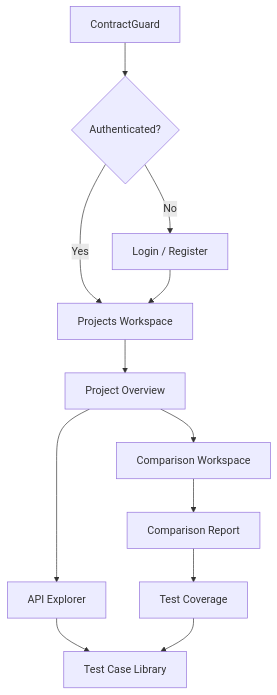
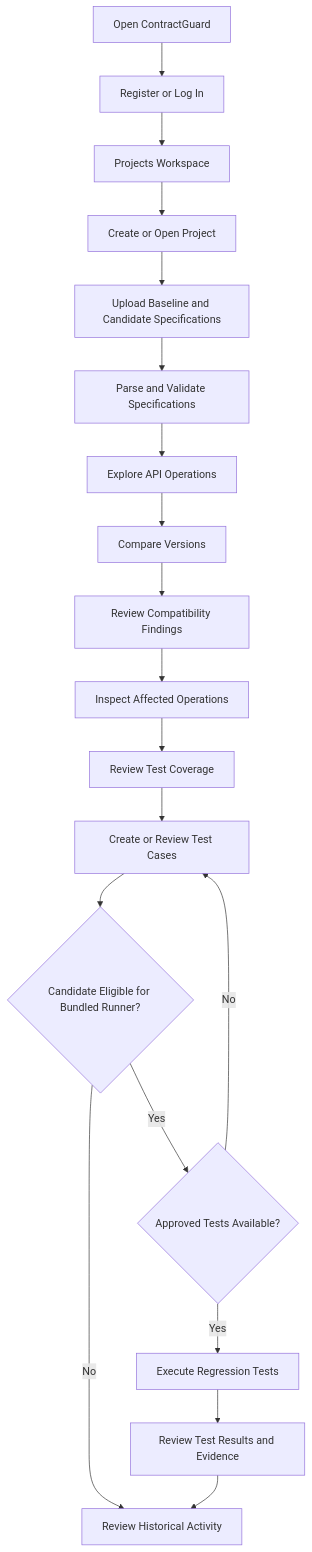
One commit to Swayam-Aggarwal/ContractGuard changed the first of 3 diagrams in docs/AppFlow.md. Above: the diagram before and after it, drawn with Mermaid. The commit also changed other lines of this file and 40 other files, not shown here.

````diff
--- a/docs/AppFlow.md
+++ b/docs/AppFlow.md
@@ -144,25 +111,39 @@
 ```mermaid
 flowchart TD
-    Root["ContractGuard"]
-    Auth{"Authenticated?"}
-    Login["Login / Register"]
+    Start["Open ContractGuard"]
+    Account["Register or Log In"]
     Projects["Projects Workspace"]
-    Project["Project Overview"]
-    Explorer["API Explorer"]
-    Comparisons["Comparison Workspace"]
-    Report["Comparison Report"]
-    Cases["Test Case Library"]
-    Coverage["Test Coverage"]
+    Project["Create or Open Project"]
+    Upload["Upload Baseline and Candidate Specifications"]
+    Validate["Parse and Validate Specifications"]
+    Explore["Explore API Operations"]
+    Compare["Compare Versions"]
+    Findings["Review Compatibility Findings"]
+    Impact["Inspect Affected Operations"]
+    Coverage["Review Test Coverage"]
+    Cases["Create or Review Test Cases"]
+    Eligibility{"Candidate Eligible for Bundled Runner?"}
+    Approved{"Approved Tests Available?"}
+    Execute["Execute Regression Tests"]
+    Results["Review Test Results and Evidence"]
+    History["Review Historical Activity"]
 
-    Root --> Auth
-    Auth -->|"No"| Login
-    Auth -->|"Yes"| Projects
-    Login --> Projects
+    Start --> Account
+    Account --> Projects
     Projects --> Project
-    Project --> Explorer
-    Project --> Comparisons
-    Explorer --> Cases
-    Comparisons --> Report
-    Report --> Coverage
+    Project --> Upload
+    Upload --> Validate
+    Validate --> Explore
+    Explore --> Compare
+    Compare --> Findings
+    Findings --> Impact
+    Impact --> Coverage
     Coverage --> Cases
+    Cases --> Eligibility
+    Eligibility -->|"No"| History
+    Eligibility -->|"Yes"| Approved
+    Approved -->|"No"| Cases
+    Approved -->|"Yes"| Execute
+    Execute --> Results
+    Results --> History
 ```
````
